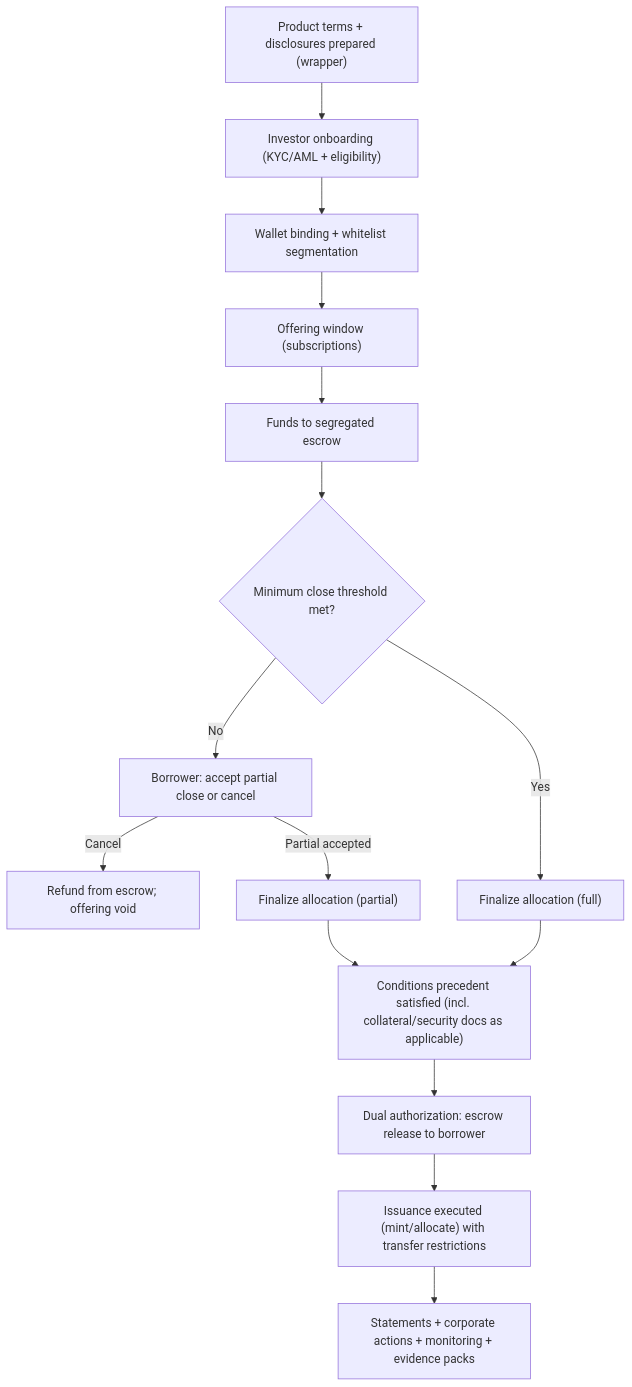
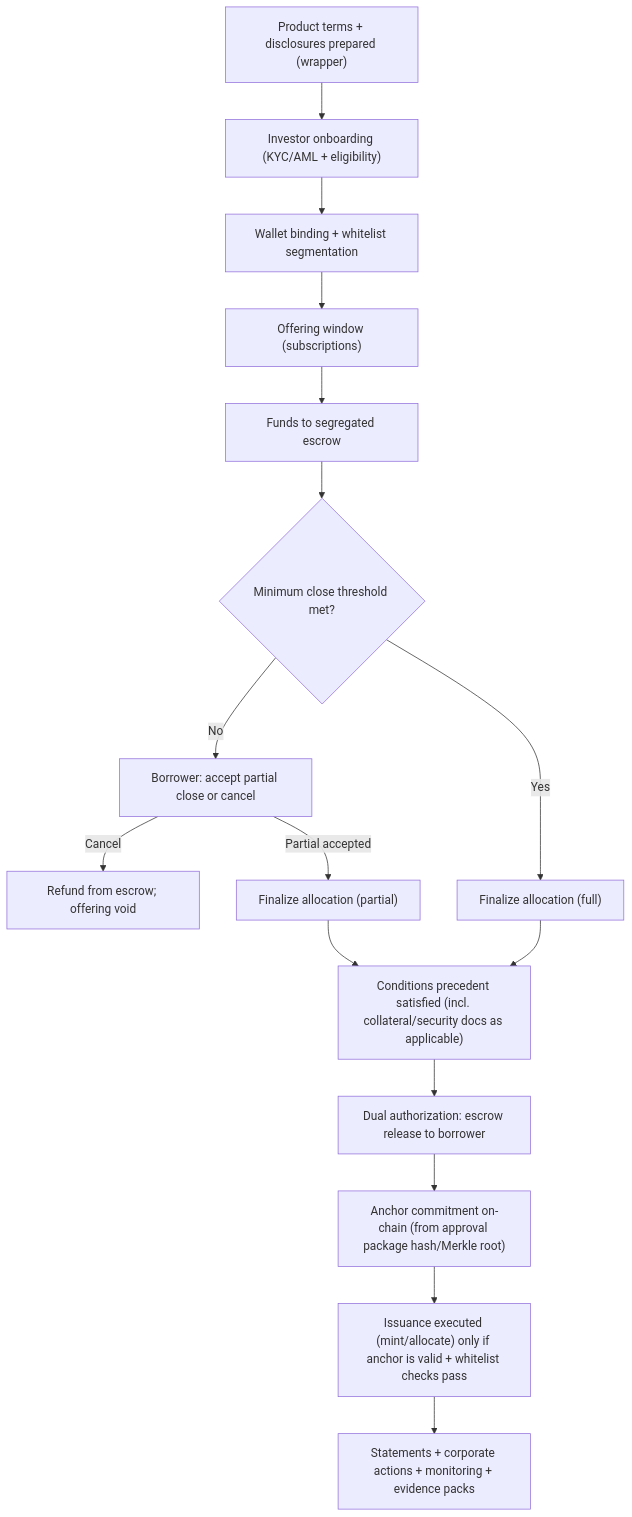
The second of 2 diagrams in paper/01-draft/05-architecture.md (ljcom/asean-rwa-whitepaper), drawn with Mermaid before and after one commit. The commit also changed other lines of this file and 6 other files, not shown here.

Commit message:
1155+whitelist+anchor

````diff
--- a/paper/01-draft/05-architecture.md
+++ b/paper/01-draft/05-architecture.md
@@ -164,20 +180,21 @@
 ```mermaid
 flowchart TD
   A["Product terms + disclosures prepared (wrapper)"] --> B["Investor onboarding (KYC/AML + eligibility)"]
   B --> C["Wallet binding + whitelist segmentation"]
   C --> D["Offering window (subscriptions)"]
   D --> E["Funds to segregated escrow"]
   E --> F{"Minimum close threshold met?"}
 
   F -- "No" --> G["Borrower: accept partial close or cancel"]
   G -- "Cancel" --> H["Refund from escrow; offering void"]
 
   G -- "Partial accepted" --> I["Finalize allocation (partial)"]
   F -- "Yes" --> J["Finalize allocation (full)"]
 
   I --> K["Conditions precedent satisfied (incl. collateral/security docs as applicable)"]
   J --> K
   K --> L["Dual authorization: escrow release to borrower"]
-  L --> M["Issuance executed (mint/allocate) with transfer restrictions"]
+  L --> A1["Anchor commitment on-chain (from approval package hash/Merkle root)"]
+  A1 --> M["Issuance executed (mint/allocate) only if anchor is valid + whitelist checks pass"]
   M --> N["Statements + corporate actions + monitoring + evidence packs"]
 ```
````
